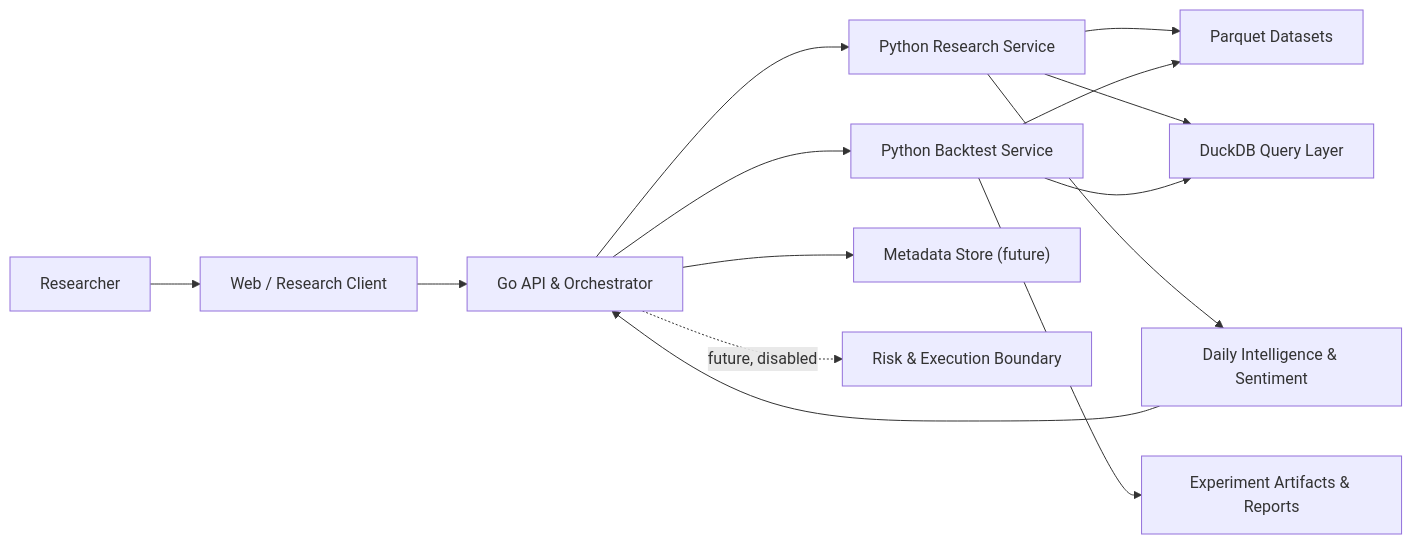
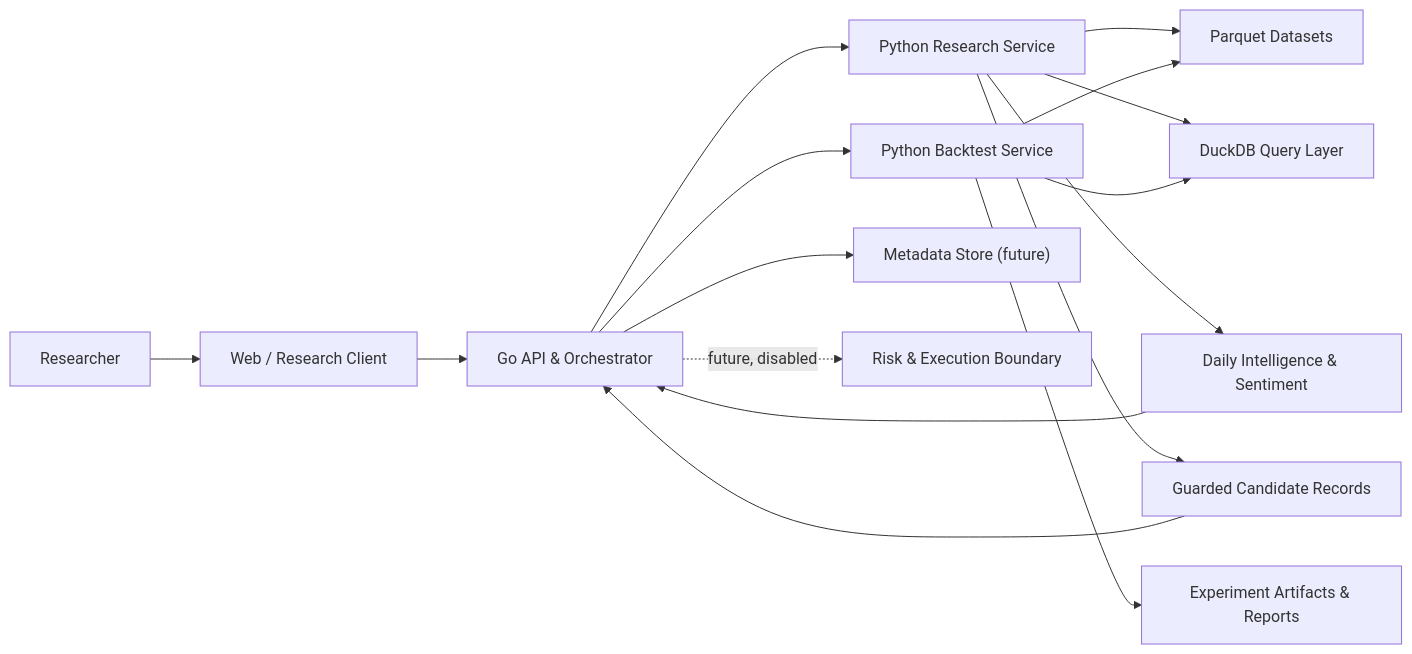
One commit to yanzhang404/QuantOS changed the first of 6 diagrams in ARCHITECTURE.md. Above: the diagram before and after it, drawn with Mermaid. The commit also changed other lines of this file and 39 other files, not shown here.

Commit message:
Add guarded candidate lifecycle

````diff
--- a/ARCHITECTURE.md
+++ b/ARCHITECTURE.md
@@ -44,16 +44,18 @@
 ```mermaid
 flowchart LR
     U["Researcher"] --> W["Web / Research Client"]
     W --> API["Go API & Orchestrator"]
     API --> R["Python Research Service"]
     API --> B["Python Backtest Service"]
     R --> D["Parquet Datasets"]
     B --> D
     R --> Q["DuckDB Query Layer"]
     B --> Q
     B --> X["Experiment Artifacts & Reports"]
     R --> I["Daily Intelligence & Sentiment"]
+    R --> C["Guarded Candidate Records"]
     I --> API
+    C --> API
     API --> M["Metadata Store (future)"]
     API -. "future, disabled" .-> K["Risk & Execution Boundary"]
 ```
````
